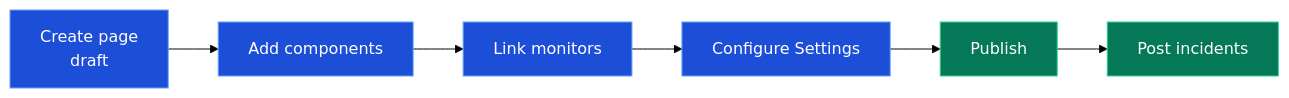
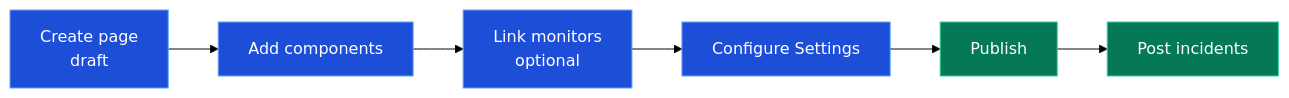
The first of 5 diagrams in docs/content/docs/app/communicate/status-pages.mdx (supercheck-io/supercheck), drawn with Mermaid (forest theme) before and after one commit. The commit also changed other lines of this file and 52 other files, not shown here.

````diff
--- a/docs/content/docs/app/communicate/status-pages.mdx
+++ b/docs/content/docs/app/communicate/status-pages.mdx
@@ -15,13 +15,13 @@
 ```mermaid
 flowchart LR
     A[Create page<br/>draft] --> B[Add components]
-    B --> C[Link monitors]
+    B --> C[Link monitors<br/>optional]
     C --> D[Configure Settings]
     D --> E[Publish]
     E --> F[Post incidents]
 
     classDef step fill:#1d4ed8,stroke:#60a5fa,color:#fff
     classDef live fill:#047857,stroke:#34d399,color:#fff
     class A,B,C,D step
     class E,F live
 ```
````
